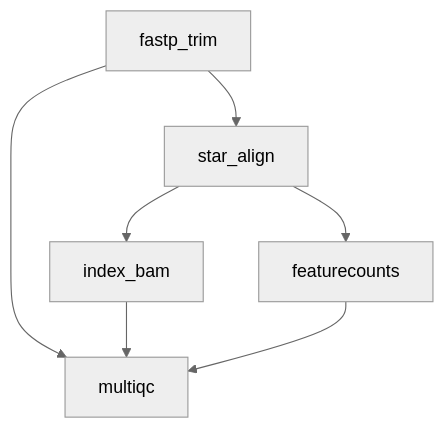
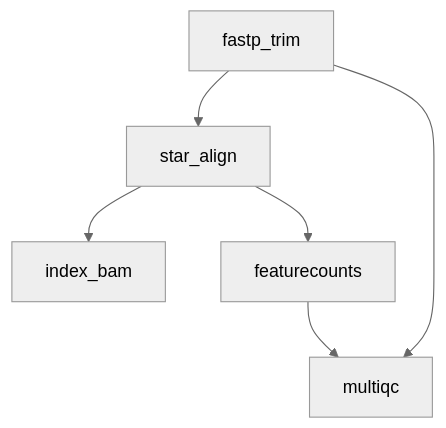
The diagram in docs/guide/src/gallery/rnaseq.md (Traitome/oxo-flow), drawn with Mermaid (neutral theme) before and after one commit. The commit also changed other lines of this file and 1 other file, not shown here.

````diff
--- a/docs/guide/src/gallery/rnaseq.md
+++ b/docs/guide/src/gallery/rnaseq.md
@@ -13,9 +13,8 @@
 ```mermaid
 graph TD
     A[fastp_trim] --> B[star_align]
     B --> C[index_bam]
     B --> D[featurecounts]
     A --> E[multiqc]
-    C --> E
     D --> E
 ```
````
